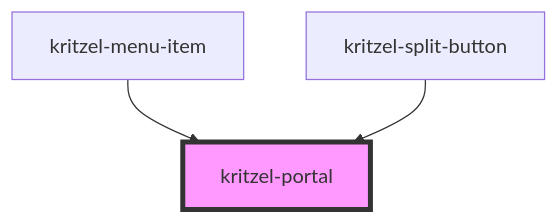
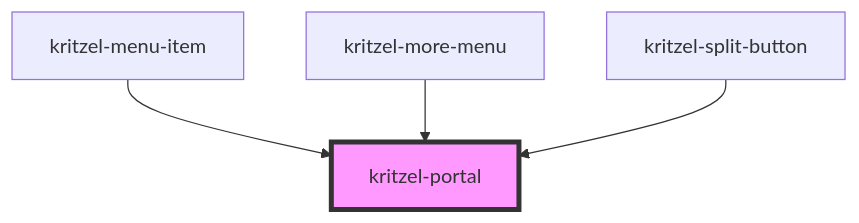
One commit to kasual1/kritzel changed the diagram in libs/kritzel-stencil/src/components/shared/kritzel-portal/readme.md. Above: the diagram before and after it, drawn with Mermaid. The commit also changed other lines of this file and 16 other files, not shown here.

````diff
--- a/libs/kritzel-stencil/src/components/shared/kritzel-portal/readme.md
+++ b/libs/kritzel-stencil/src/components/shared/kritzel-portal/readme.md
@@ -33,6 +34,7 @@
 ```mermaid
 graph TD;
   kritzel-menu-item --> kritzel-portal
+  kritzel-more-menu --> kritzel-portal
   kritzel-split-button --> kritzel-portal
   style kritzel-portal fill:#f9f,stroke:#333,stroke-width:4px
 ```
````
